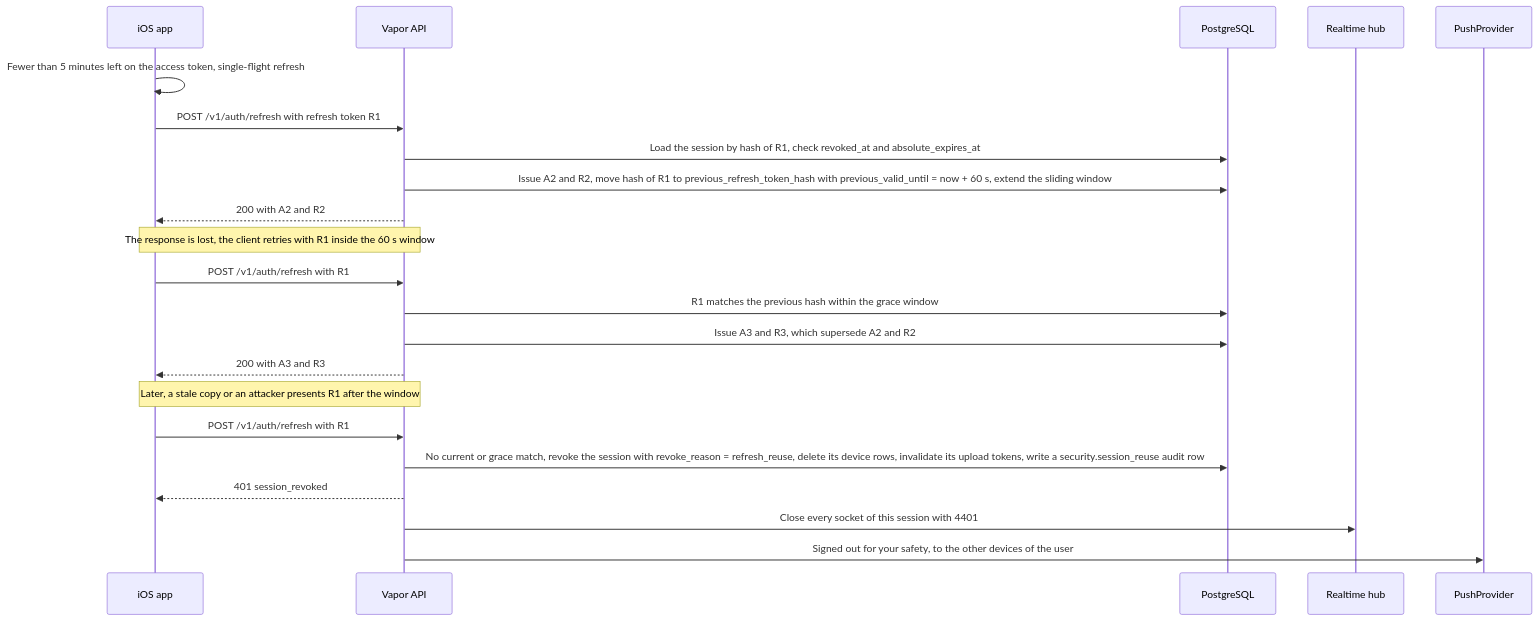
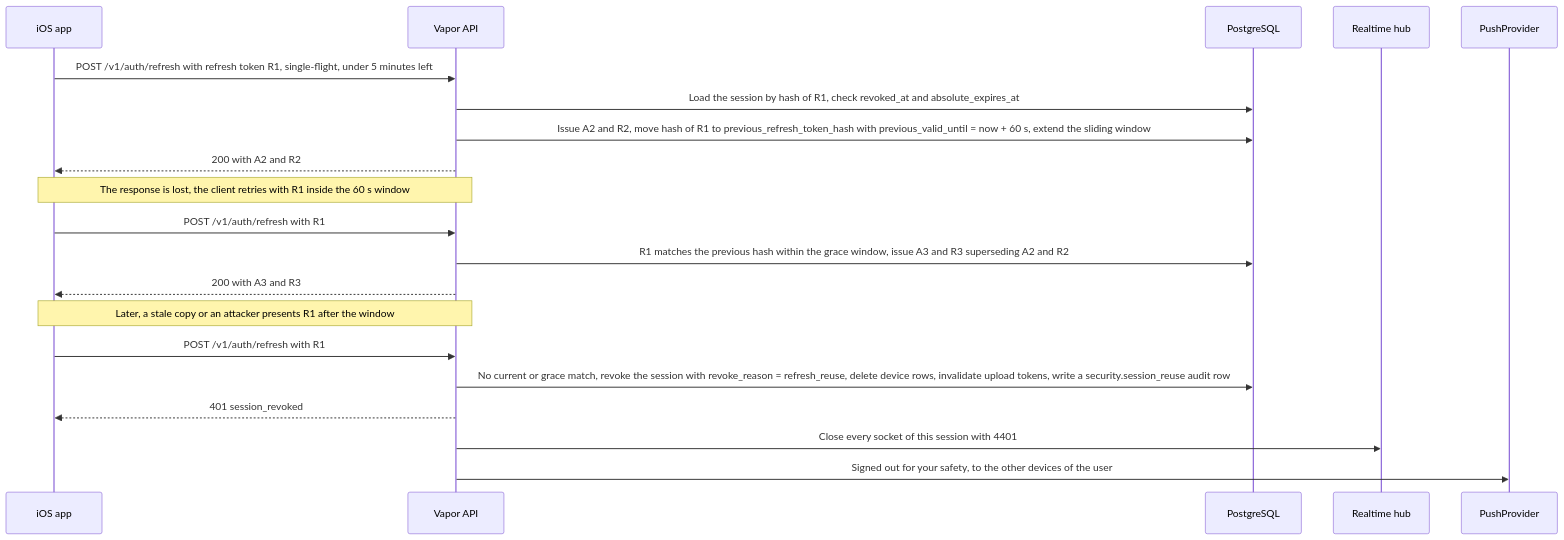
One commit to cdcucco/Shared-Kanban changed the fourth of 13 diagrams in docs/architecture.md. Above: the diagram before and after it, drawn with Mermaid. The commit also changed other lines of this file and 1 other file, not shown here.

First line of the commit message:
docs: architecture and threat model drafts

````diff
--- a/docs/architecture.md
+++ b/docs/architecture.md
@@ -471,24 +418,22 @@
 ```mermaid
 sequenceDiagram
     participant App as iOS app
     participant API as Vapor API
     participant DB as PostgreSQL
     participant Hub as Realtime hub
     participant Push as PushProvider
-    App->>App: Fewer than 5 minutes left on the access token, single-flight refresh
-    App->>API: POST /v1/auth/refresh with refresh token R1
+    App->>API: POST /v1/auth/refresh with refresh token R1, single-flight, under 5 minutes left
     API->>DB: Load the session by hash of R1, check revoked_at and absolute_expires_at
     API->>DB: Issue A2 and R2, move hash of R1 to previous_refresh_token_hash with previous_valid_until = now + 60 s, extend the sliding window
     API-->>App: 200 with A2 and R2
     Note over App,API: The response is lost, the client retries with R1 inside the 60 s window
     App->>API: POST /v1/auth/refresh with R1
-    API->>DB: R1 matches the previous hash within the grace window
-    API->>DB: Issue A3 and R3, which supersede A2 and R2
+    API->>DB: R1 matches the previous hash within the grace window, issue A3 and R3 superseding A2 and R2
     API-->>App: 200 with A3 and R3
     Note over App,API: Later, a stale copy or an attacker presents R1 after the window
     App->>API: POST /v1/auth/refresh with R1
-    API->>DB: No current or grace match, revoke the session with revoke_reason = refresh_reuse, delete its device rows, invalidate its upload tokens, write a security.session_reuse audit row
+    API->>DB: No current or grace match, revoke the session with revoke_reason = refresh_reuse, delete device rows, invalidate upload tokens, write a security.session_reuse audit row
     API-->>App: 401 session_revoked
     API->>Hub: Close every socket of this session with 4401
     API->>Push: Signed out for your safety, to the other devices of the user
 ```
````
